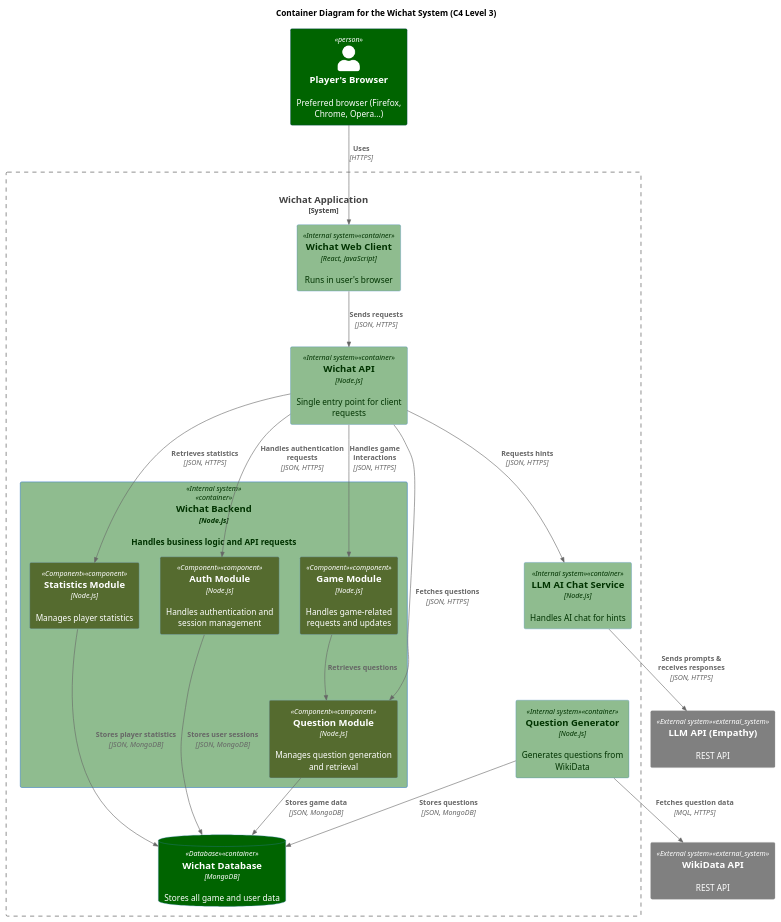
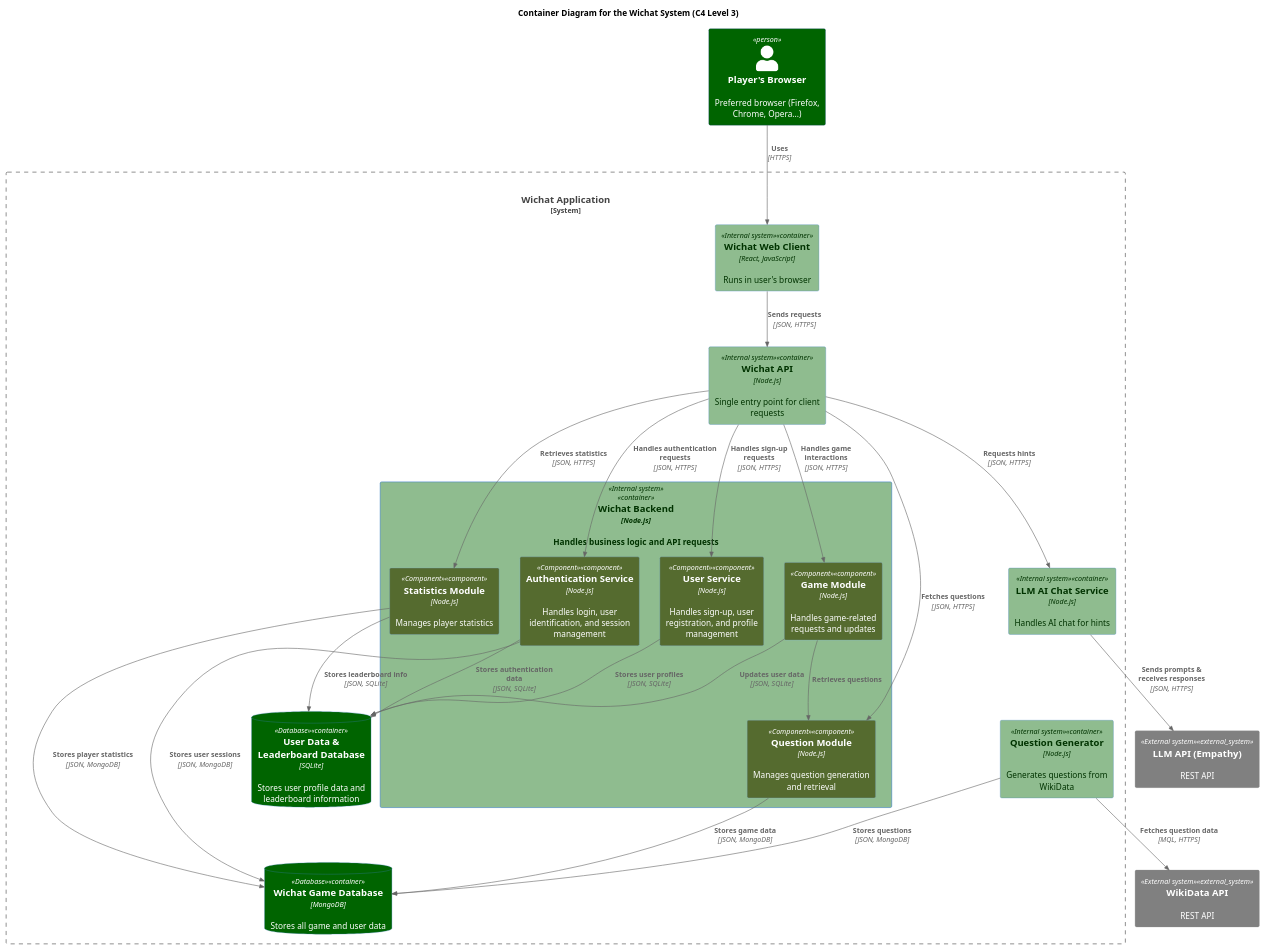
The diagram in docs/src/diagrams/C4_component_diagram.puml (Arquisoft/wichat_en1a), drawn with PlantUML before and after one commit. The commit also changed 1 other file, not shown here.

Commit message:
Fix changes in the diagrams

```diff
--- a/docs/src/diagrams/C4_component_diagram.puml
+++ b/docs/src/diagrams/C4_component_diagram.puml
@@ -1,54 +1,63 @@
 @startuml
 !includeurl https://raw.githubusercontent.com/RicardoNiepel/C4-PlantUML/master/C4_Container.puml
 !include <c4/C4_Container.puml>
 !include <c4/C4_Component.puml>
 
 title Container Diagram for the Wichat System (C4 Level 3)
 
 AddElementTag("Person", $bgColor="#darkgreen", $fontColor="#white")
 AddElementTag("Internal system", $bgColor="#darkseagreen", $fontColor="#003300")
 AddElementTag("External system", $bgColor="#gray", $fontColor="#white")
 AddElementTag("Database", $bgColor="#darkgreen", $fontColor="#white")
 AddElementTag("Component", $bgColor="#darkolivegreen", $fontColor="#white")
 
 ' Containers
 Person(player, "Player's Browser", "Preferred browser (Firefox, Chrome, Opera...)")
 
 System_Boundary(wichat, "Wichat Application") {
 Container(web_app, "Wichat Web Client", "React, JavaScript", "Runs in user's browser", $tags="Internal system")
 Container(api_gateway, "Wichat API", "Node.js", "Single entry point for client requests", $tags="Internal system")
 
 Container(backend, "Wichat Backend", "Node.js", "Handles business logic and API requests", $tags="Internal system") {
-    Component(auth_module, "Auth Module", "Node.js", "Handles authentication and session management", $tags="Component")
+    Component(user_service, "User Service", "Node.js", "Handles sign-up, user registration, and profile management", $tags="Component")
+    Component(auth_service, "Authentication Service", "Node.js", "Handles login, user identification, and session management", $tags="Component")
     Component(game_module, "Game Module", "Node.js", "Handles game-related requests and updates", $tags="Component")
     Component(statistics_module, "Statistics Module", "Node.js", "Manages player statistics", $tags="Component")
     Component(question_module, "Question Module", "Node.js", "Manages question generation and retrieval", $tags="Component")
 }
 
 Container(question_generator, "Question Generator", "Node.js", "Generates questions from WikiData", $tags="Internal system")
 Container(llm_ai_chat, "LLM AI Chat Service", "Node.js", "Handles AI chat for hints", $tags="Internal system")
-ContainerDb(database, "Wichat Database", "MongoDB", "Stores all game and user data", $tags="Database")
+ContainerDb(game_data_db, "Wichat Game Database", "MongoDB", "Stores all game and user data", $tags="Database")
+ContainerDb(user_data_db, "User Data & Leaderboard Database", "SQLite", "Stores user profile data and leaderboard information", $tags="Database")
 }
 
 System_Ext(wikidata, "WikiData API", "REST API", $tags="External system")
 System_Ext(llm_api, "LLM API (Empathy)", "REST API", $tags="External system")
 
 ' Relations
 Rel(player, web_app, "Uses", "HTTPS")
 Rel(web_app, api_gateway, "Sends requests", "JSON, HTTPS")
-Rel(api_gateway, auth_module, "Handles authentication requests", "JSON, HTTPS")
+Rel(api_gateway, user_service, "Handles sign-up requests", "JSON, HTTPS")
+Rel(api_gateway, auth_service, "Handles authentication requests", "JSON, HTTPS")
 Rel(api_gateway, game_module, "Handles game interactions", "JSON, HTTPS")
 Rel(api_gateway, statistics_module, "Retrieves statistics", "JSON, HTTPS")
 Rel(api_gateway, llm_ai_chat, "Requests hints", "JSON, HTTPS")
 Rel(api_gateway, question_module, "Fetches questions", "JSON, HTTPS")
 
 Rel(question_generator, wikidata, "Fetches question data", "MQL, HTTPS")
 Rel(llm_ai_chat, llm_api, "Sends prompts & receives responses", "JSON, HTTPS")
-Rel(question_generator, database, "Stores questions", "JSON, MongoDB")
+Rel(question_generator, game_data_db, "Stores questions", "JSON, MongoDB")
 
 ' Relations for backend modules
 Rel(game_module, question_module, "Retrieves questions")
-Rel(question_module, database, "Stores game data", "JSON, MongoDB")
-Rel(statistics_module, database, "Stores player statistics", "JSON, MongoDB")
-Rel(auth_module, database, "Stores user sessions", "JSON, MongoDB")
+Rel(question_module, game_data_db, "Stores game data", "JSON, MongoDB")
+Rel(statistics_module, game_data_db, "Stores player statistics", "JSON, MongoDB")
+Rel(auth_service, game_data_db, "Stores user sessions", "JSON, MongoDB")
+Rel(user_service, user_data_db, "Stores user profiles", "JSON, SQLite")
+
+' User Data & Leaderboard Database Relations
+Rel(statistics_module, user_data_db, "Stores leaderboard info", "JSON, SQLite")
+Rel(auth_service, user_data_db, "Stores authentication data", "JSON, SQLite")
+Rel(game_module, user_data_db, "Updates user data", "JSON, SQLite")
 @enduml
```
